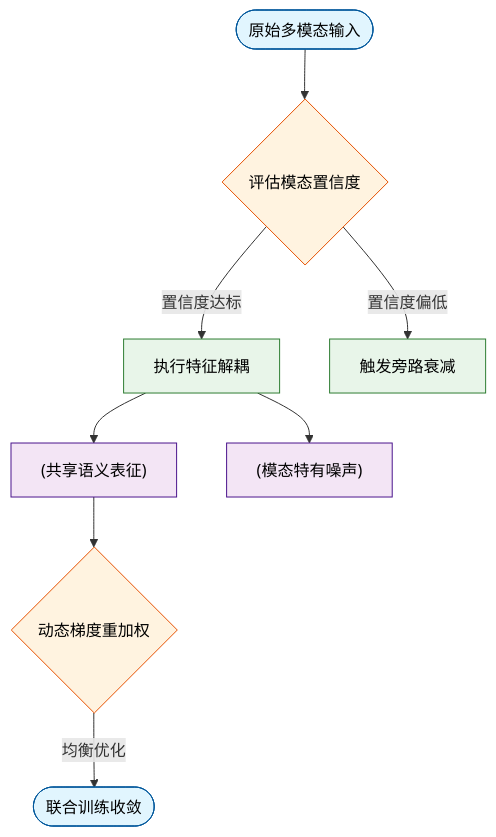
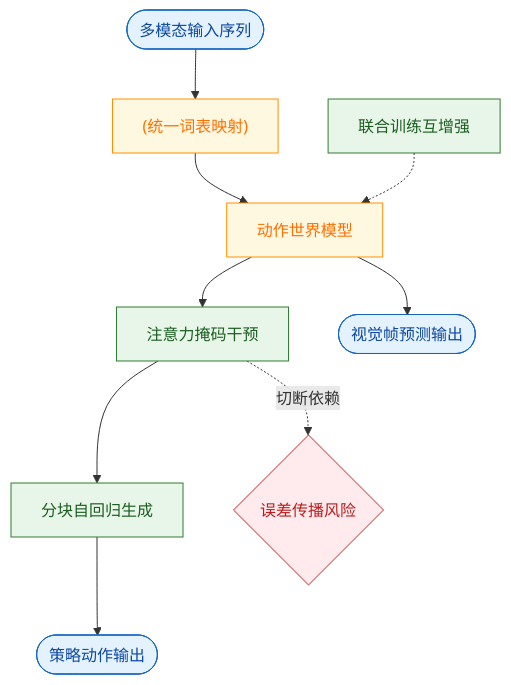
The second of 10 diagrams in person_vault/2026-06-08_WorldVLA_2506.21539/report.md (ShinewineW/paper-rolling), drawn with Mermaid before and after one commit. The commit also changed other lines of this file and 51 other files, not shown here.

````diff
--- a/person_vault/2026-06-08_WorldVLA_2506.21539/report.md
+++ b/person_vault/2026-06-08_WorldVLA_2506.21539/report.md
@@ -91,15 +103,26 @@
 ```mermaid
 flowchart TB
-    classDef start fill:#e1f5fe,stroke:#01579b,color:#000;
-    classDef decision fill:#fff3e0,stroke:#e65100,color:#000;
-    classDef process fill:#e8f5e9,stroke:#2e7d32,color:#000;
-    classDef data fill:#f3e5f5,stroke:#4a148c,color:#000;
+  classDef io fill:#e3f2fd,color:#0d47a1,stroke:#1565c0
+  classDef core fill:#fff8e1,color:#ff6f00,stroke:#ff8f00
+  classDef mech fill:#e8f5e9,color:#1b5e20,stroke:#2e7d32
+  classDef risk fill:#ffebee,color:#b71c1c,stroke:#c62828
 
-    raw_input(["原始多模态输入"]):::start --> confidence_gate{评估模态置信度}:::decision
-    confidence_gate -->|置信度达标| disentanglement["执行特征解耦"]:::process
-    confidence_gate -->|置信度偏低| bypass["触发旁路衰减"]:::process
-    disentanglement --> shared_repr["(共享语义表征)"]:::data
-    disentanglement --> noise_pool["(模态特有噪声)"]:::data
-    shared_repr --> grad_reweight{动态梯度重加权}:::decision
-    grad_reweight -->|均衡优化| final_model(["联合训练收敛"]):::start
+  start(["多模态输入序列"]):::io
+  vocab["(统一词表映射)"]:::core
+  model["动作世界模型"]:::core
+  mask["注意力掩码干预"]:::mech
+  chunk["分块自回归生成"]:::mech
+  loss["联合训练互增强"]:::mech
+  err{误差传播风险}:::risk
+  act_out(["策略动作输出"]):::io
+  vid_out(["视觉帧预测输出"]):::io
+
+  start --> vocab
+  vocab --> model
+  model --> mask
+  mask --> chunk
+  chunk --> act_out
+  model --> vid_out
+  loss -.-> model
+  mask -.->|切断依赖| err
 ```
````
